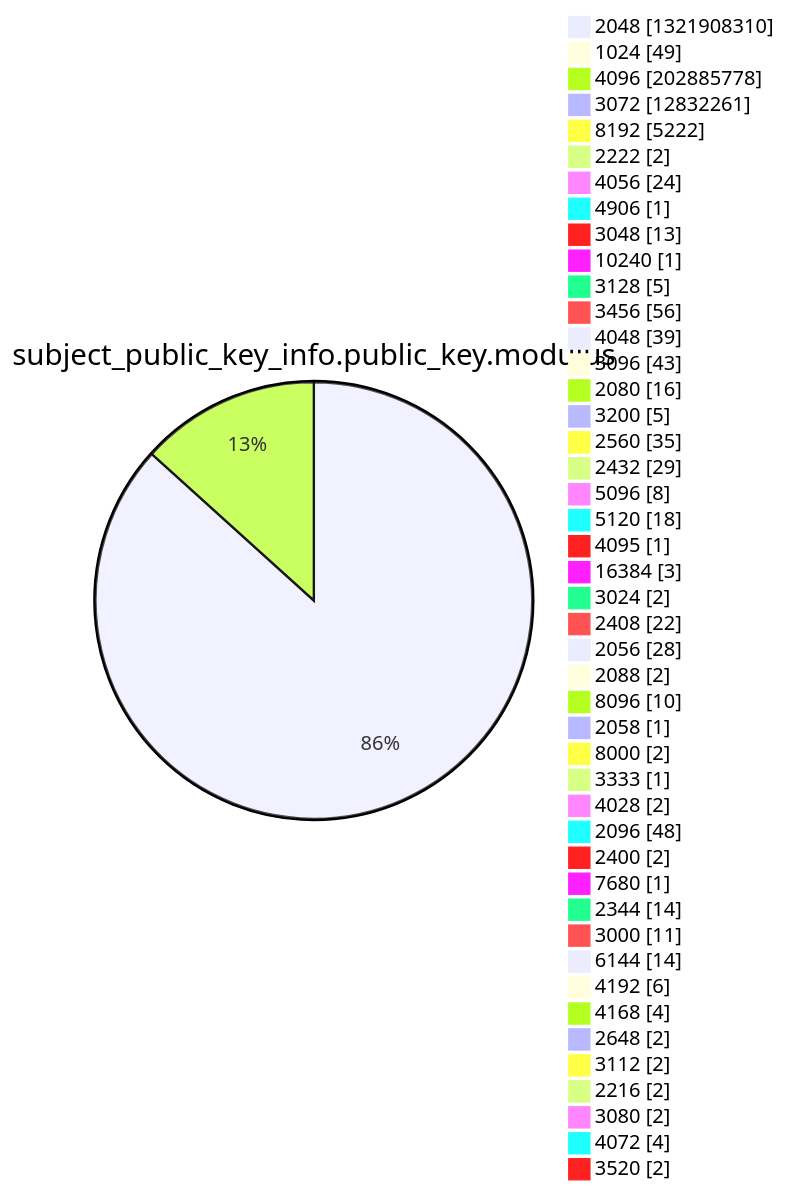
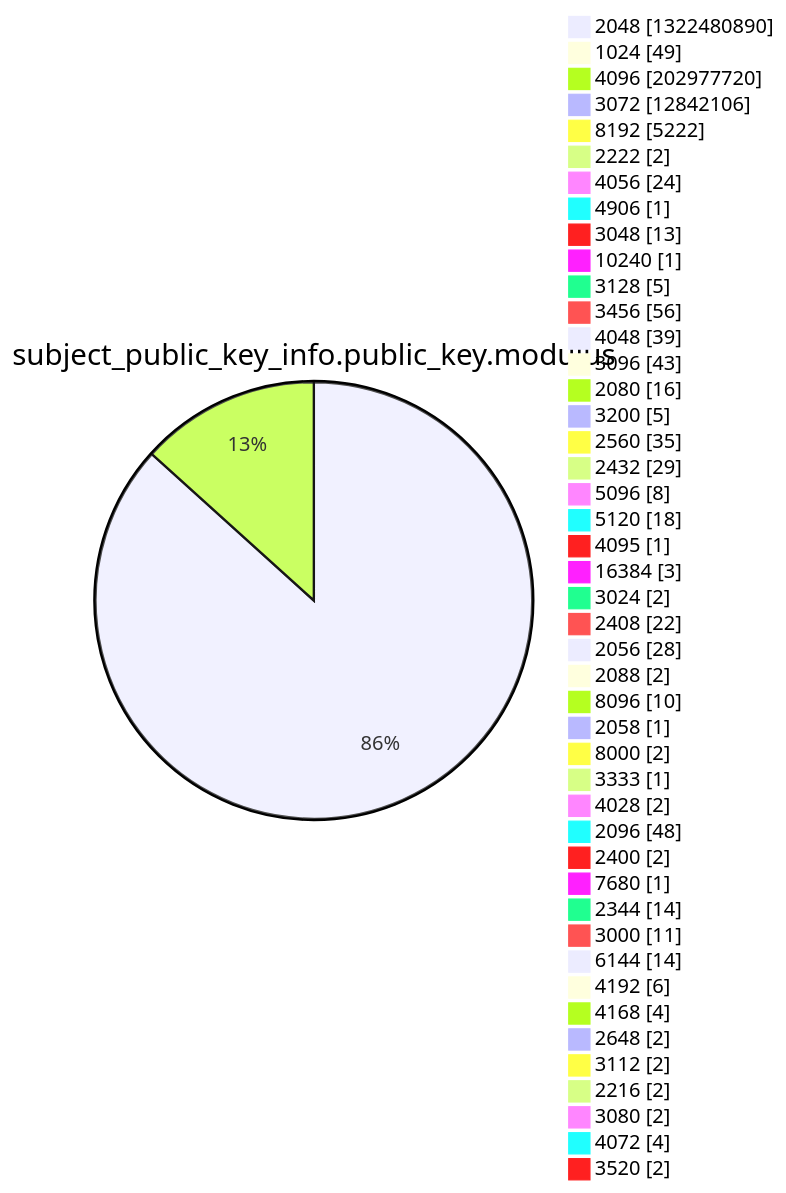
Diagram 13 of 15 in xenon2022/README.md (christiankrug/ctmonitor_visualization), drawn with Mermaid before and after one commit. The commit also changed other lines of this file, not shown here.

````diff
--- a/xenon2022/README.md
+++ b/xenon2022/README.md
@@ -3925,49 +3925,49 @@
 ```mermaid
 pie showData
 title subject_public_key_info.public_key.modulus
-"2048" :1321908310
+"2048" :1322480890
 "1024" :49
-"4096" :202885778
-"3072" :12832261
+"4096" :202977720
+"3072" :12842106
 "8192" :5222
 "2222" :2
 "4056" :24
 "4906" :1
 "3048" :13
 "10240" :1
 "3128" :5
 "3456" :56
 "4048" :39
 "3096" :43
 "2080" :16
 "3200" :5
 "2560" :35
 "2432" :29
 "5096" :8
 "5120" :18
 "4095" :1
 "16384" :3
 "3024" :2
 "2408" :22
 "2056" :28
 "2088" :2
 "8096" :10
 "2058" :1
 "8000" :2
 "3333" :1
 "4028" :2
 "2096" :48
 "2400" :2
 "7680" :1
 "2344" :14
 "3000" :11
 "6144" :14
 "4192" :6
 "4168" :4
 "2648" :2
 "3112" :2
 "2216" :2
 "3080" :2
 "4072" :4
 "3520" :2
 ```
````
